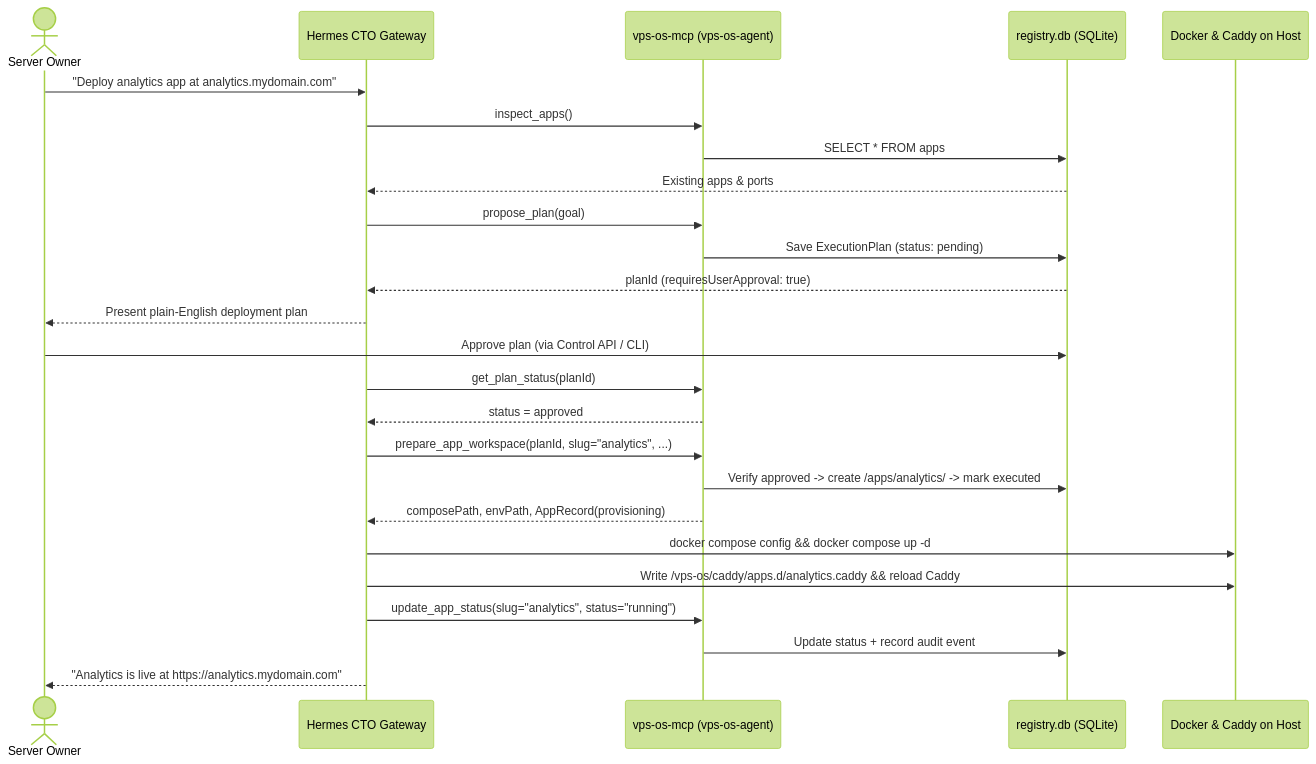
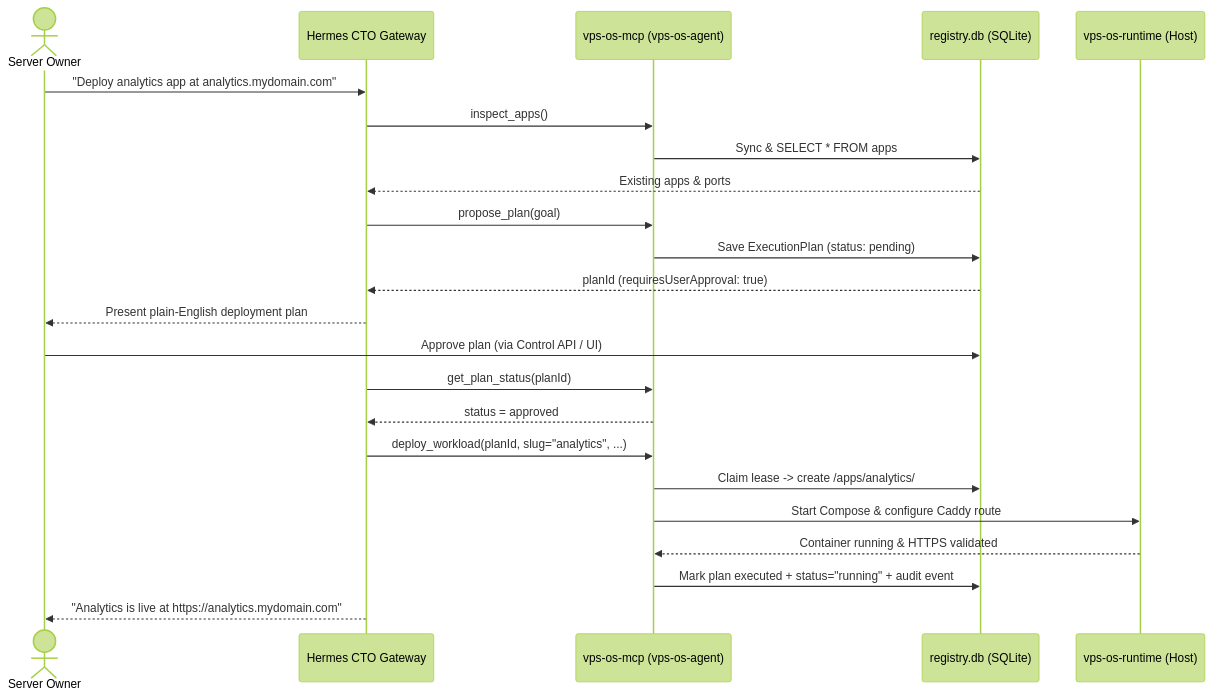
One commit to diegosg-dev/vps-os-framework changed the second of 3 diagrams in docs/hermes-cto-onboarding.md. Above: the diagram before and after it, drawn with Mermaid (forest theme). The commit also changed other lines of this file and 8 other files, not shown here.

Commit message:
docs: build modular documentation system with Mermaid diagrams

````diff
--- a/docs/hermes-cto-onboarding.md
+++ b/docs/hermes-cto-onboarding.md
@@ -104,32 +113,29 @@
 ```mermaid
 sequenceDiagram
     actor Owner as Server Owner
     participant Hermes as Hermes CTO Gateway
     participant MCP as vps-os-mcp (vps-os-agent)
     participant DB as registry.db (SQLite)
-    participant Host as Docker & Caddy on Host
+    participant Bridge as vps-os-runtime (Host)
 
     Owner->>Hermes: "Deploy analytics app at analytics.mydomain.com"
     Hermes->>MCP: inspect_apps()
-    MCP->>DB: SELECT * FROM apps
+    MCP->>DB: Sync & SELECT * FROM apps
     DB-->>Hermes: Existing apps & ports
 
     Hermes->>MCP: propose_plan(goal)
     MCP->>DB: Save ExecutionPlan (status: pending)
     DB-->>Hermes: planId (requiresUserApproval: true)
     Hermes-->>Owner: Present plain-English deployment plan
 
-    Owner->>DB: Approve plan (via Control API / CLI)
+    Owner->>DB: Approve plan (via Control API / UI)
     Hermes->>MCP: get_plan_status(planId)
     MCP-->>Hermes: status = approved
 
-    Hermes->>MCP: prepare_app_workspace(planId, slug="analytics", ...)
-    MCP->>DB: Verify approved -> create /apps/analytics/ -> mark executed
-    MCP-->>Hermes: composePath, envPath, AppRecord(provisioning)
-
-    Hermes->>Host: docker compose config && docker compose up -d
-    Hermes->>Host: Write /vps-os/caddy/apps.d/analytics.caddy && reload Caddy
-    Hermes->>MCP: update_app_status(slug="analytics", status="running")
-    MCP->>DB: Update status + record audit event
+    Hermes->>MCP: deploy_workload(planId, slug="analytics", ...)
+    MCP->>DB: Claim lease -> create /apps/analytics/
+    MCP->>Bridge: Start Compose & configure Caddy route
+    Bridge-->>MCP: Container running & HTTPS validated
+    MCP->>DB: Mark plan executed + status="running" + audit event
     Hermes-->>Owner: "Analytics is live at https://analytics.mydomain.com"
 ```
````
